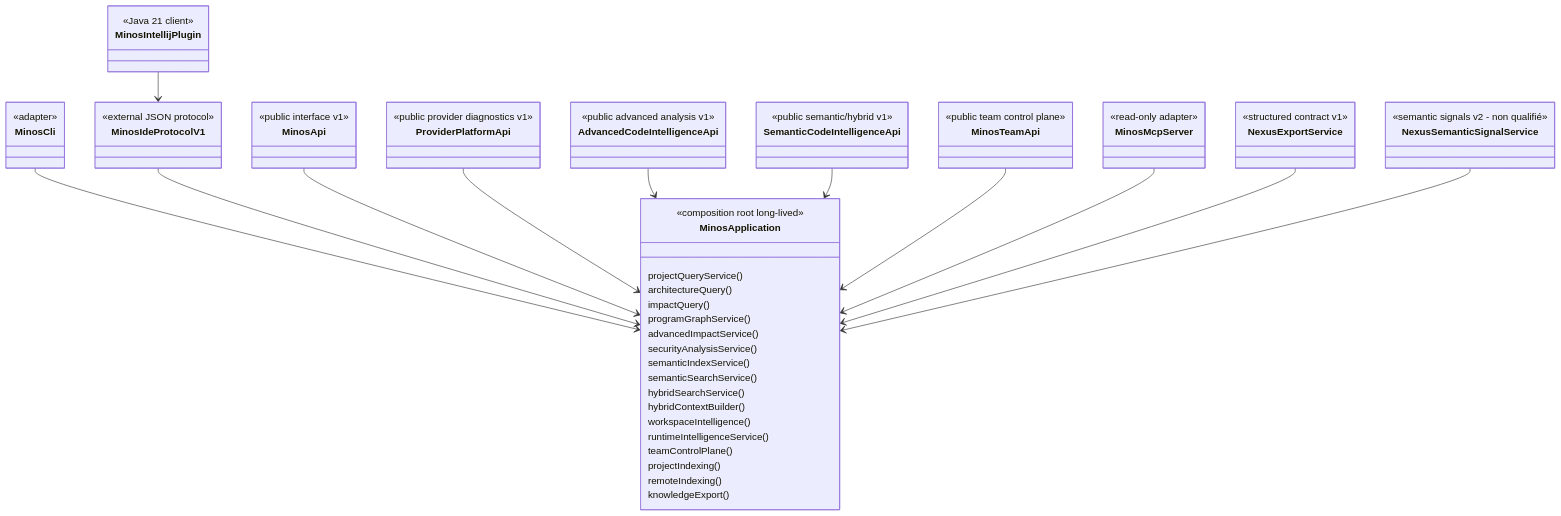
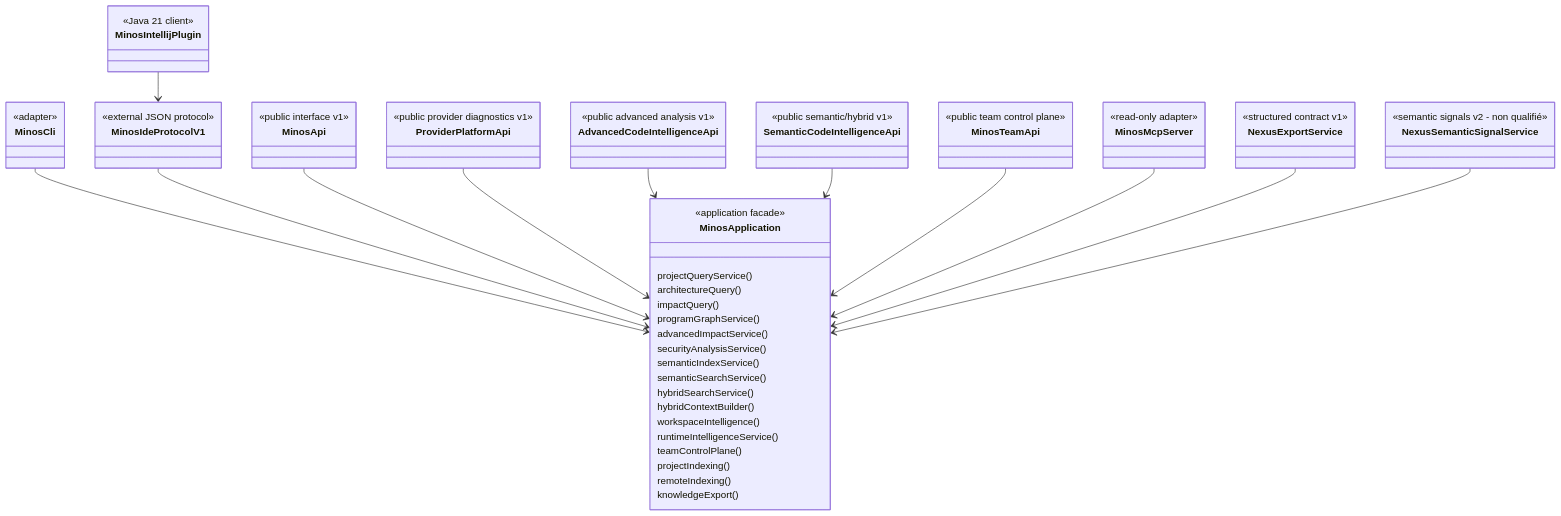
One commit to FTurleque/minos-code-intelligence changed the diagram in docs/developer/public-surfaces.md. Above: the diagram before and after it, drawn with Mermaid. The commit also changed 7 other files, not shown here.

````diff
--- a/docs/developer/public-surfaces.md
+++ b/docs/developer/public-surfaces.md
@@ -9,45 +9,45 @@
 ```mermaid
 classDiagram
     class MinosApplication {
-      <<composition root long-lived>>
+      <<application facade>>
       projectQueryService()
       architectureQuery()
       impactQuery()
       programGraphService()
       advancedImpactService()
       securityAnalysisService()
       semanticIndexService()
       semanticSearchService()
       hybridSearchService()
       hybridContextBuilder()
       workspaceIntelligence()
       runtimeIntelligenceService()
       teamControlPlane()
       projectIndexing()
       remoteIndexing()
       knowledgeExport()
     }
     class MinosCli { <<adapter>> }
     class MinosIdeProtocolV1 { <<external JSON protocol>> }
     class MinosIntellijPlugin { <<Java 21 client>> }
     class MinosApi { <<public interface v1>> }
     class ProviderPlatformApi { <<public provider diagnostics v1>> }
     class AdvancedCodeIntelligenceApi { <<public advanced analysis v1>> }
     class SemanticCodeIntelligenceApi { <<public semantic/hybrid v1>> }
     class MinosTeamApi { <<public team control plane>> }
     class MinosMcpServer { <<read-only adapter>> }
     class NexusExportService { <<structured contract v1>> }
     class NexusSemanticSignalService { <<semantic signals v2 - non qualifié>> }
 
     MinosCli --> MinosApplication
     MinosIdeProtocolV1 --> MinosApplication
     MinosIntellijPlugin --> MinosIdeProtocolV1
     MinosApi --> MinosApplication
     ProviderPlatformApi --> MinosApplication
     AdvancedCodeIntelligenceApi --> MinosApplication
     SemanticCodeIntelligenceApi --> MinosApplication
     MinosTeamApi --> MinosApplication
     MinosMcpServer --> MinosApplication
     NexusExportService --> MinosApplication
     NexusSemanticSignalService --> MinosApplication
 ```
````
